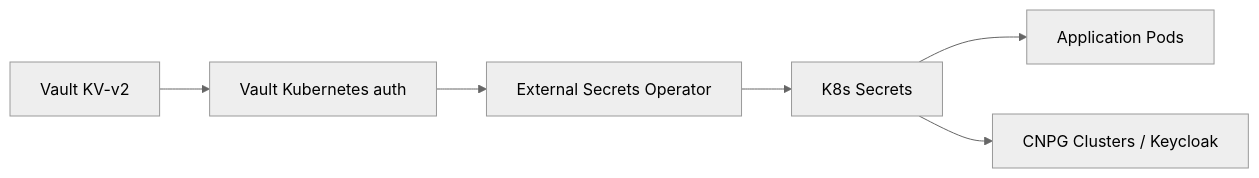
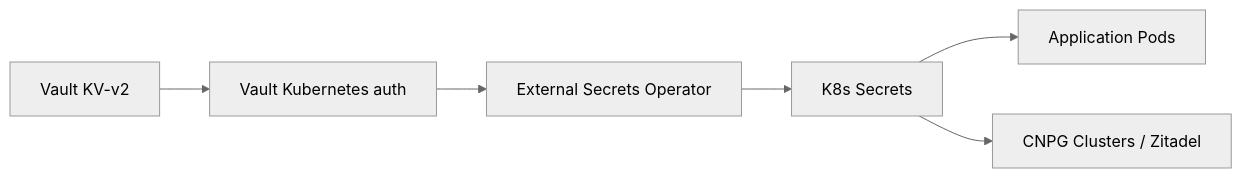
One commit to sca-templates/infra-kubernetes changed the third of 3 diagrams in docs/architecture.md. Above: the diagram before and after it, drawn with Mermaid (neutral theme). The commit also changed other lines of this file and 72 other files, not shown here.

First line of the commit message:
refactor(auth): retire keycloak and make zitadel sole idp

````diff
--- a/docs/architecture.md
+++ b/docs/architecture.md
@@ -286,8 +278,8 @@
 ```mermaid
 graph LR
     A[Vault KV-v2] --> B[Vault Kubernetes auth]
     B --> C[External Secrets Operator]
     C --> D[K8s Secrets]
     D --> E[Application Pods]
-    D --> F[CNPG Clusters / Keycloak]
+    D --> F[CNPG Clusters / Zitadel]
 ```
````
